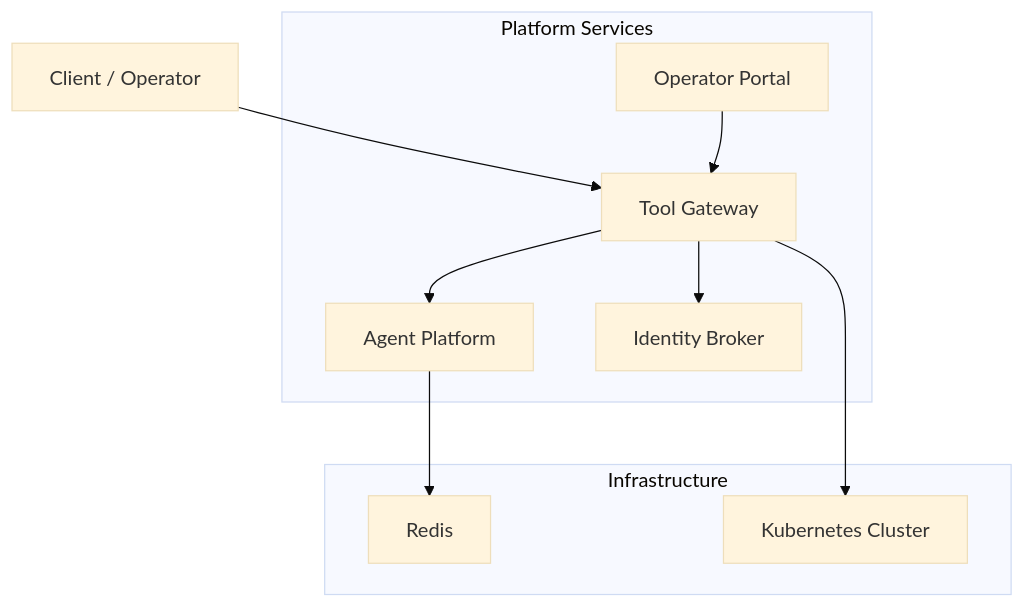
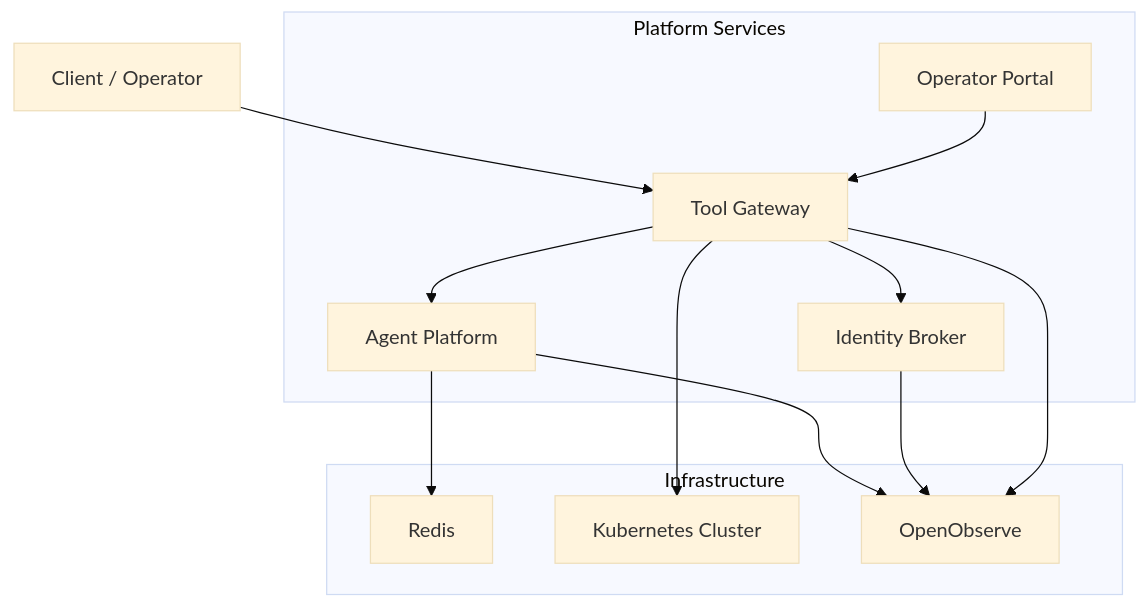
One commit to metasync/luban-aiops changed the first of 3 diagrams in .qoder/repowiki/en/content/Troubleshooting and FAQ.md. Above: the diagram before and after it, drawn with Mermaid (base theme). The commit also changed other lines of this file and 71 other files, not shown here.

Commit message:
docs: refresh repowiki knowledge cache after OpenObserve telemetry enablement

````diff
--- a/.qoder/repowiki/en/content/Troubleshooting and FAQ.md
+++ b/.qoder/repowiki/en/content/Troubleshooting and FAQ.md
@@ -65,19 +79,23 @@
 ```mermaid
 graph TB
 subgraph "Platform Services"
 AG["Agent Platform"]
 IDB["Identity Broker"]
 GW["Tool Gateway"]
 OP["Operator Portal"]
 end
 subgraph "Infrastructure"
 REDIS["Redis"]
 K8S["Kubernetes Cluster"]
+OO["OpenObserve"]
 end
 CLIENT["Client / Operator"] --> GW
 GW --> AG
 GW --> IDB
 AG --> REDIS
 GW --> K8S
+AG --> OO
+IDB --> OO
+GW --> OO
 OP --> GW
 ```
````
